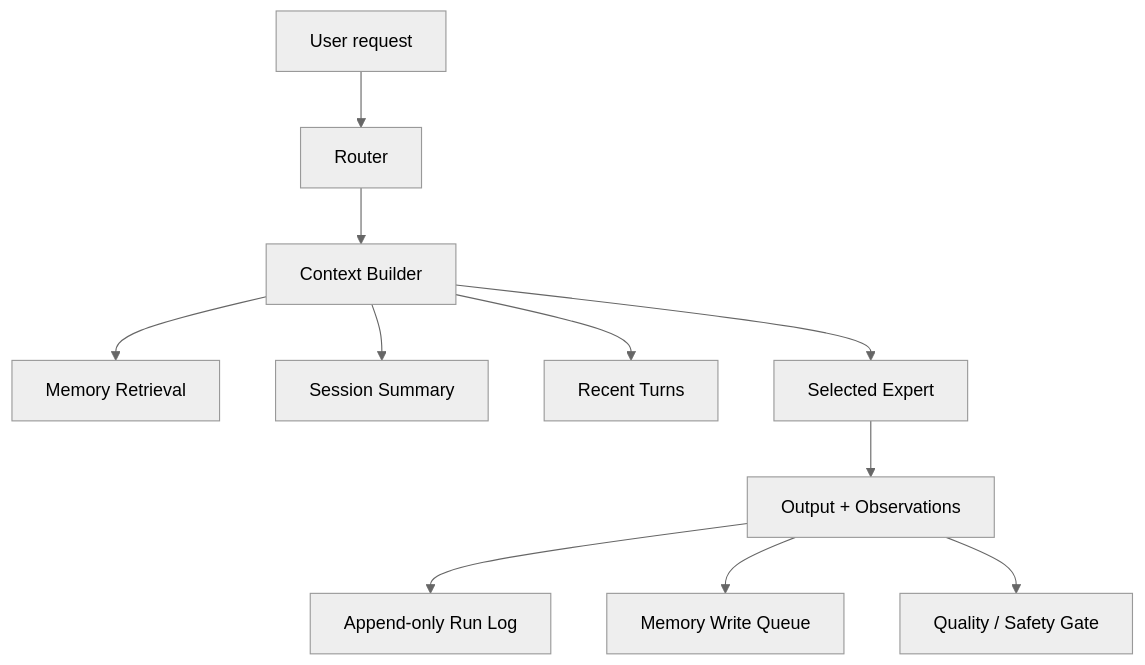
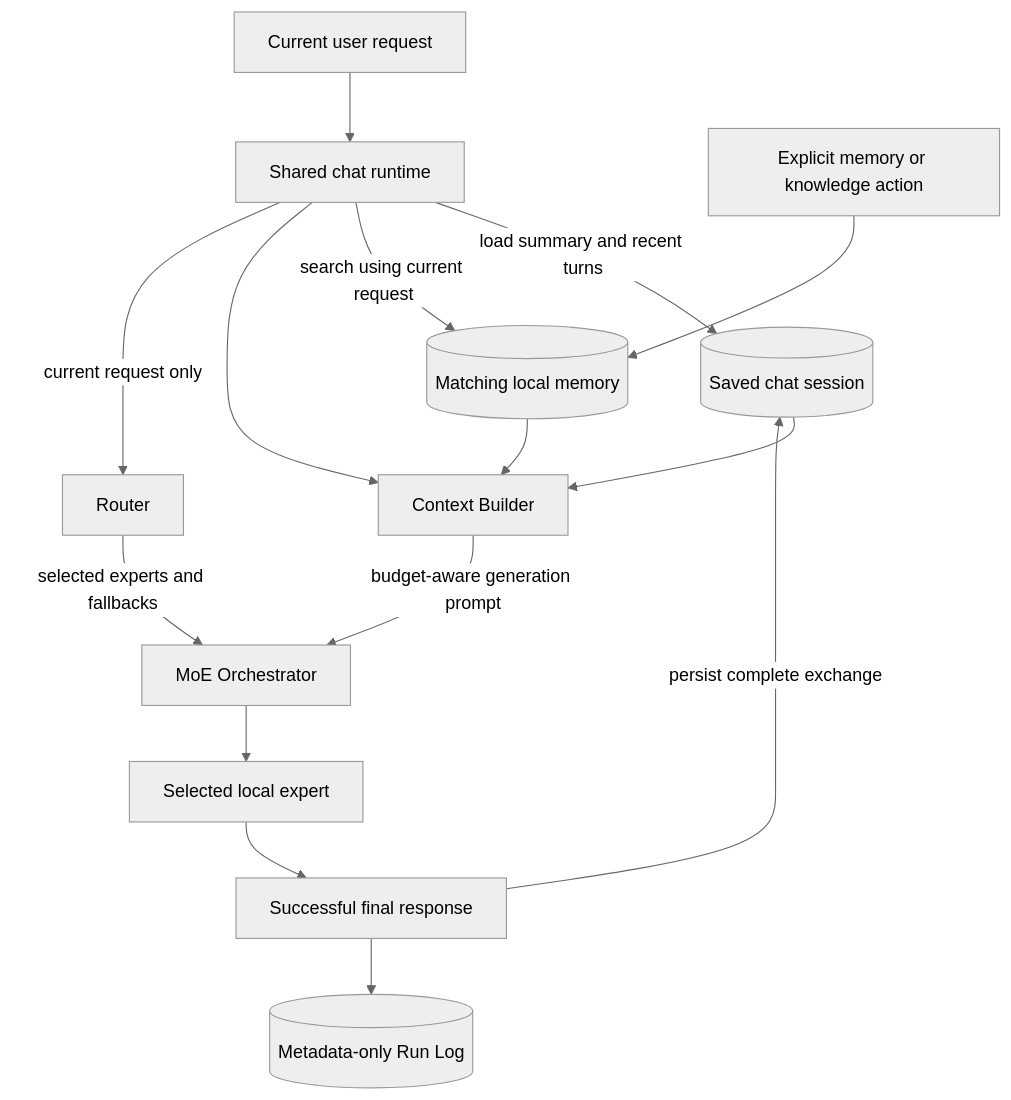
One commit to aantenore/myMoE changed the diagram in docs/context-architecture.md. Above: the diagram before and after it, drawn with Mermaid (neutral theme). The commit also changed other lines of this file and 11 other files, not shown here.

Commit message:
Document myMoE architecture and runtime flows

````diff
--- a/docs/context-architecture.md
+++ b/docs/context-architecture.md
@@ -9,13 +11,17 @@
 ```mermaid
 flowchart TD
-  U["User request"] --> R["Router"]
-  R --> C["Context Builder"]
-  C --> M["Memory Retrieval"]
-  C --> S["Session Summary"]
-  C --> T["Recent Turns"]
-  C --> E["Selected Expert"]
-  E --> O["Output + Observations"]
-  O --> L["Append-only Run Log"]
-  O --> W["Memory Write Queue"]
-  O --> G["Quality / Safety Gate"]
+  U["Current user request"] --> C["Shared chat runtime"]
+  H[("Saved chat session")] --> B["Context Builder"]
+  M[("Matching local memory")] --> B
+  C -->|"load summary and recent turns"| H
+  C -->|"search using current request"| M
+  C --> B
+  C -->|"current request only"| R["Router"]
+  B -->|"budget-aware generation prompt"| O["MoE Orchestrator"]
+  R -->|"selected experts and fallbacks"| O
+  O --> E["Selected local expert"]
+  E --> F["Successful final response"]
+  F -->|"persist complete exchange"| H
+  F --> L[("Metadata-only Run Log")]
+  A["Explicit memory or knowledge action"] --> M
 ```
````
